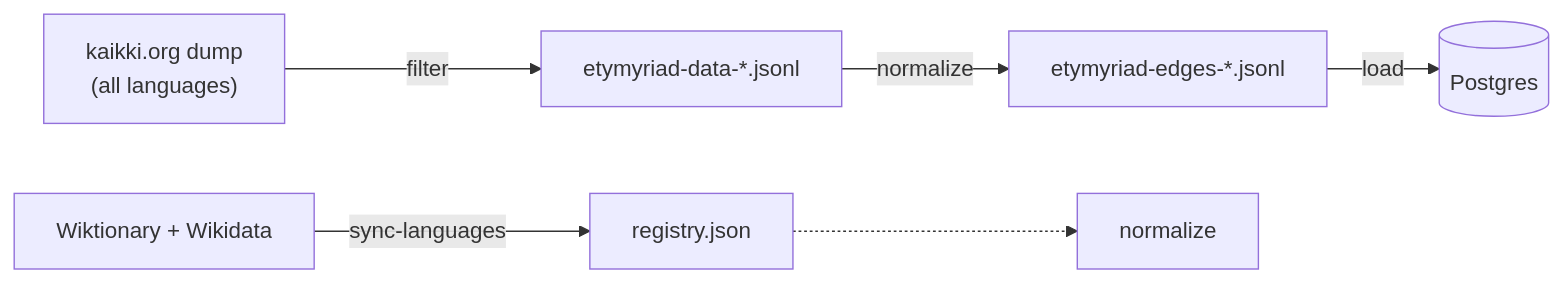
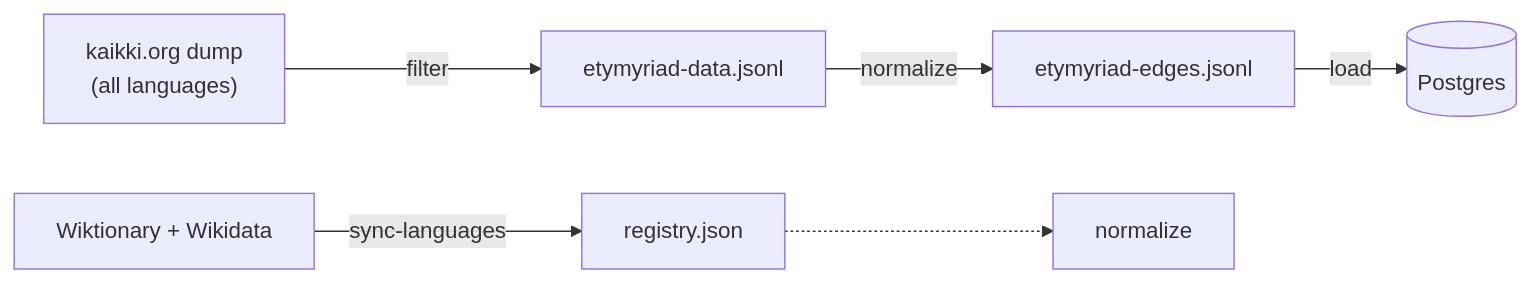
The third of 3 diagrams in docs/ARCHITECTURE.md (van-riper/etymyriad), drawn with Mermaid before and after one commit. The commit also changed other lines of this file and 2 other files, not shown here.

Commit message:
docs: describe the fixed data file names

````diff
--- a/docs/ARCHITECTURE.md
+++ b/docs/ARCHITECTURE.md
@@ -268,12 +268,12 @@
 ```mermaid
 flowchart LR
     raw["kaikki.org dump<br/>(all languages)"]
-    filtered["etymyriad-data-*.jsonl"]
+    filtered["etymyriad-data.jsonl"]
     reg["Wiktionary + Wikidata"]
     registry["registry.json"]
     raw -->|filter| filtered
     reg -->|sync-languages| registry
-    filtered -->|normalize| edges["etymyriad-edges-*.jsonl"]
+    filtered -->|normalize| edges["etymyriad-edges.jsonl"]
     registry -.-> normalize
     edges -->|load| pg[("Postgres")]
 ```
````
